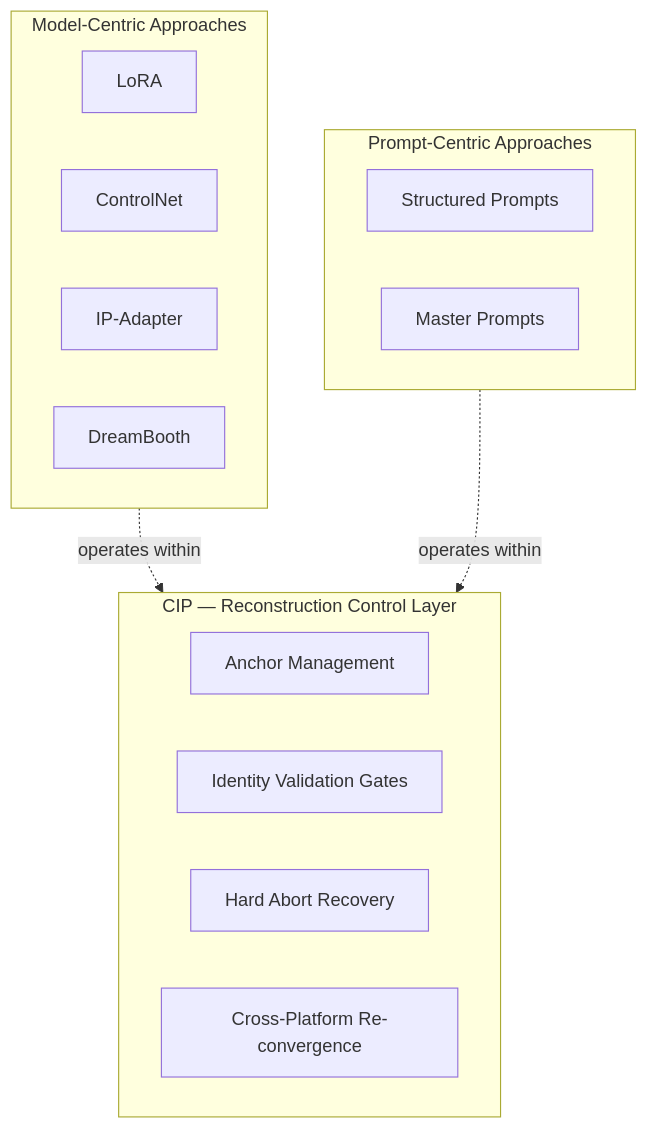
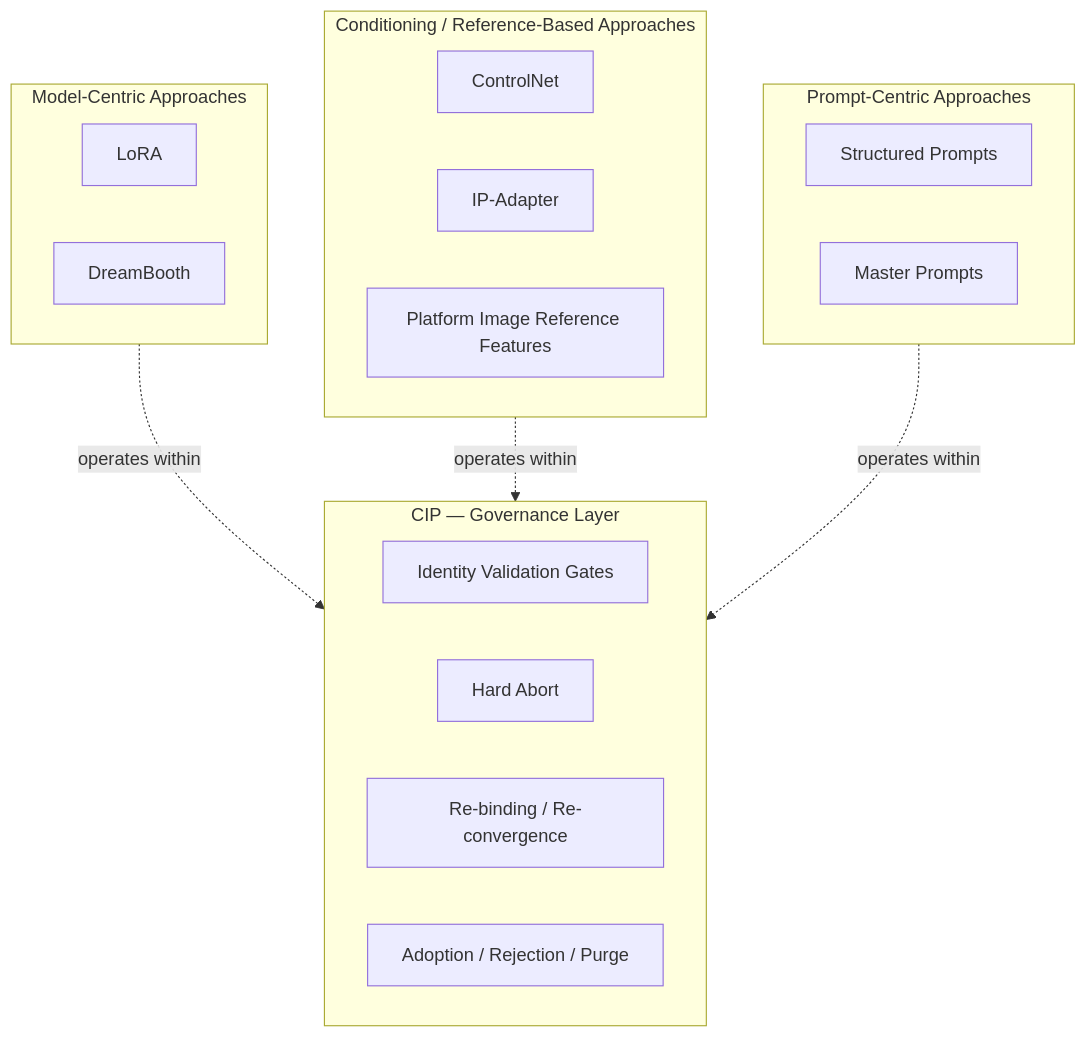
The first of 6 diagrams in docs/whitepaper_v1.md (watadani-byte/character-identity-protocol), drawn with Mermaid before and after one commit. The commit also changed other lines of this file, not shown here.

````diff
--- a/docs/whitepaper_v1.md
+++ b/docs/whitepaper_v1.md
@@ -158,24 +166,29 @@
 ```mermaid
 flowchart TB
     subgraph MODEL["Model-Centric Approaches"]
         M1[LoRA]
-        M2[ControlNet]
-        M3[IP-Adapter]
-        M4[DreamBooth]
+        M2[DreamBooth]
+    end
+
+    subgraph CONDITION["Conditioning / Reference-Based Approaches"]
+        C1[ControlNet]
+        C2[IP-Adapter]
+        C3[Platform Image Reference Features]
     end
 
     subgraph PROMPT["Prompt-Centric Approaches"]
         P1[Structured Prompts]
         P2[Master Prompts]
     end
 
-    subgraph CIP_LAYER["CIP — Reconstruction Control Layer"]
-        C1[Anchor Management]
-        C2[Identity Validation Gates]
-        C3[Hard Abort Recovery]
-        C4[Cross-Platform Re-convergence]
+    subgraph CIP_LAYER["CIP — Governance Layer"]
+        G1[Identity Validation Gates]
+        G2[Hard Abort]
+        G3[Re-binding / Re-convergence]
+        G4[Adoption / Rejection / Purge]
     end
 
     MODEL -.->|operates within| CIP_LAYER
+    CONDITION -.->|operates within| CIP_LAYER
     PROMPT -.->|operates within| CIP_LAYER
 ```
````
